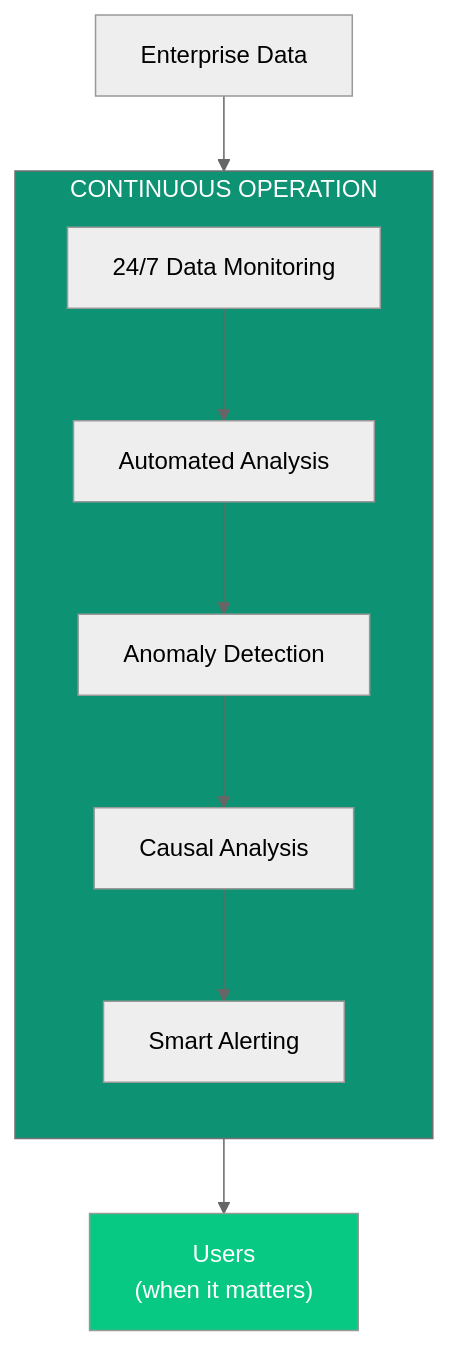
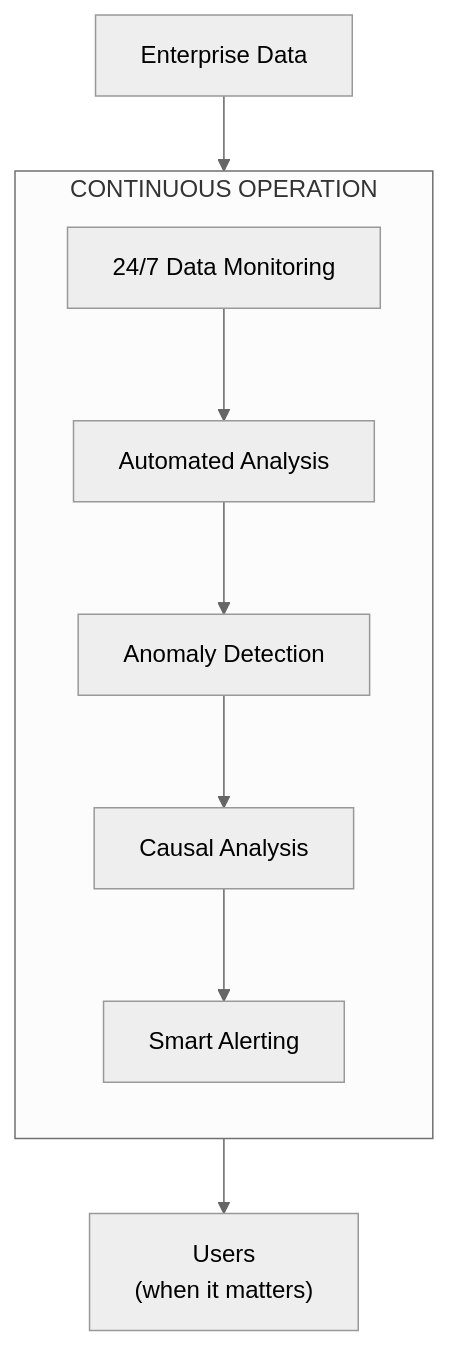
Before and after one commit to ashishsuperatom/tech-docs: the first of 7 diagrams in ip/automated-analyst.mdx, drawn with Mermaid (neutral theme). The commit also changed other lines of this file and 37 other files, not shown here.

First line of the commit message:
Clean up docs: remove em-dashes, fix mermaid diagrams, remove emojis

````diff
--- a/ip/automated-analyst.mdx
+++ b/ip/automated-analyst.mdx
@@ -24,21 +24,19 @@
 ```mermaid
 flowchart TB
     subgraph CONTINUOUS["CONTINUOUS OPERATION"]
         direction TB
         MONITOR["24/7 Data Monitoring"]
         ANALYZE["Automated Analysis"]
         DETECT["Anomaly Detection"]
         CAUSAL["Causal Analysis"]
         ALERT["Smart Alerting"]
     end
 
     DATA["Enterprise Data"] --> MONITOR
     MONITOR --> ANALYZE
     ANALYZE --> DETECT
     DETECT --> CAUSAL
     CAUSAL --> ALERT
     ALERT --> USERS["Users<br>(when it matters)"]
 
-    style CONTINUOUS fill:#0D9373,color:#fff
-    style USERS fill:#07C983,color:#fff
 ```
````
